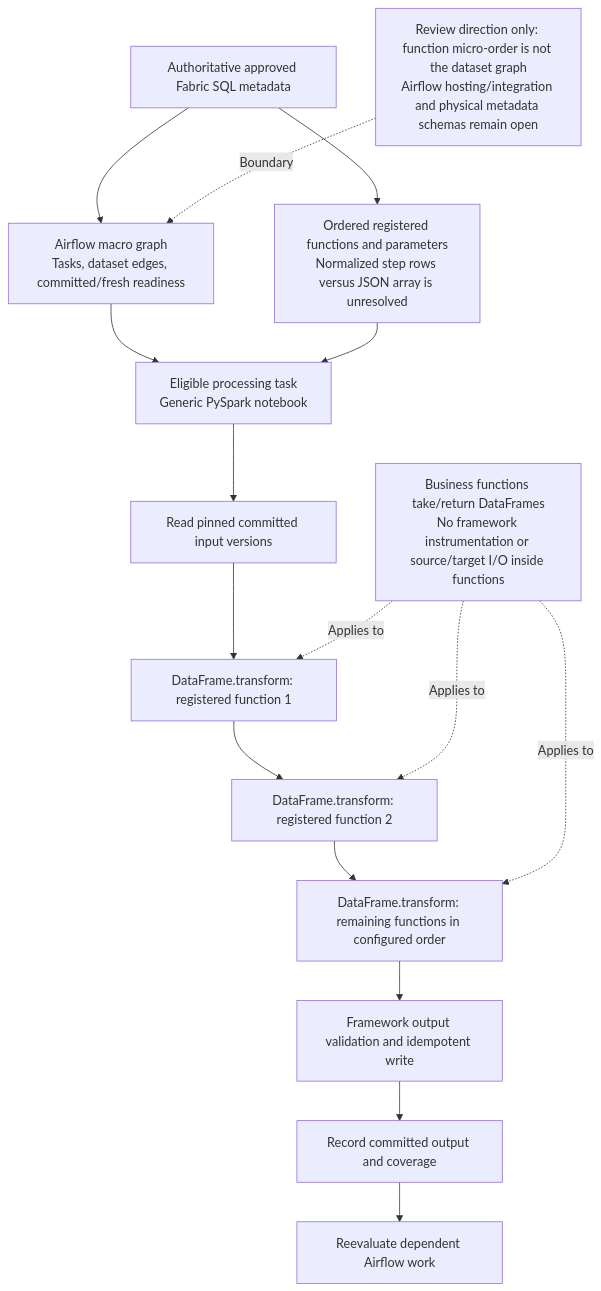
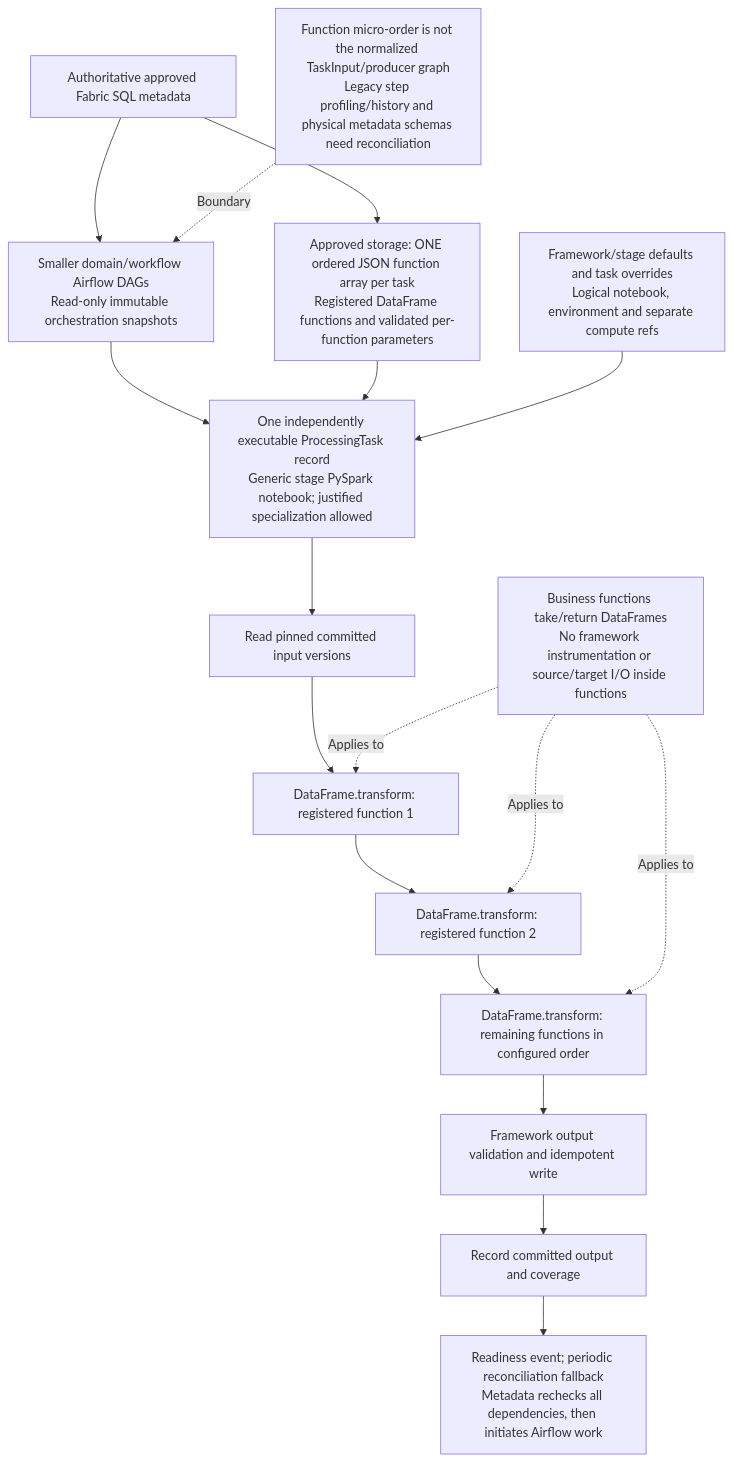
One commit to RyanMicrosoftContosoUniversity/healthcare-data-ingestion changed the diagram in data-models/framework/08-transformation-order.mmd. Above: the diagram before and after it, drawn with Mermaid. The commit also changed 16 other files, not shown here.

```diff
--- a/data-models/framework/08-transformation-order.mmd
+++ b/data-models/framework/08-transformation-order.mmd
@@ -1,19 +1,21 @@
 flowchart TD
     META["Authoritative approved Fabric SQL metadata"]
-    META --> MACRO["Airflow macro graph<br/>Tasks, dataset edges, committed/fresh readiness"]
-    MACRO --> TASK["Eligible processing task<br/>Generic PySpark notebook"]
-    META --> ORDER["Ordered registered functions and parameters<br/>Normalized step rows versus JSON array is unresolved"]
+    META --> MACRO["Smaller domain/workflow Airflow DAGs<br/>Read-only immutable orchestration snapshots"]
+    MACRO --> TASK["One independently executable ProcessingTask record<br/>Generic stage PySpark notebook; justified specialization allowed"]
+    META --> ORDER["Approved storage: ONE ordered JSON function array per task<br/>Registered DataFrame functions and validated per-function parameters"]
     ORDER --> TASK
+    RESOURCES["Framework/stage defaults and task overrides<br/>Logical notebook, environment and separate compute refs"]
+    RESOURCES --> TASK
     TASK --> INPUT["Read pinned committed input versions"]
     INPUT --> F1["DataFrame.transform: registered function 1"]
     F1 --> F2["DataFrame.transform: registered function 2"]
     F2 --> FN["DataFrame.transform: remaining functions in configured order"]
     FN --> VALIDATE["Framework output validation and idempotent write"]
     VALIDATE --> COMMIT["Record committed output and coverage"]
-    COMMIT --> WAKE["Reevaluate dependent Airflow work"]
+    COMMIT --> WAKE["Readiness event; periodic reconciliation fallback<br/>Metadata rechecks all dependencies, then initiates Airflow work"]
     PURE["Business functions take/return DataFrames<br/>No framework instrumentation or source/target I/O inside functions"]
     PURE -. Applies to .-> F1
     PURE -. Applies to .-> F2
     PURE -. Applies to .-> FN
-    NOTE["Review direction only: function micro-order is not the dataset graph<br/>Airflow hosting/integration and physical metadata schemas remain open"]
+    NOTE["Function micro-order is not the normalized TaskInput/producer graph<br/>Legacy step profiling/history and physical metadata schemas need reconciliation"]
     NOTE -. Boundary .-> MACRO
```
